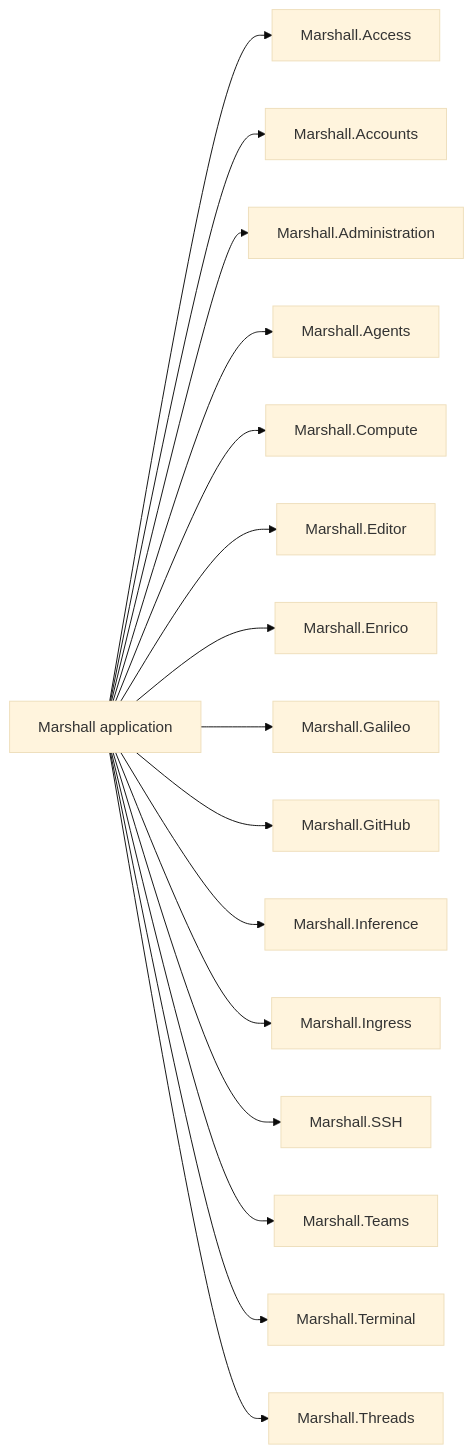
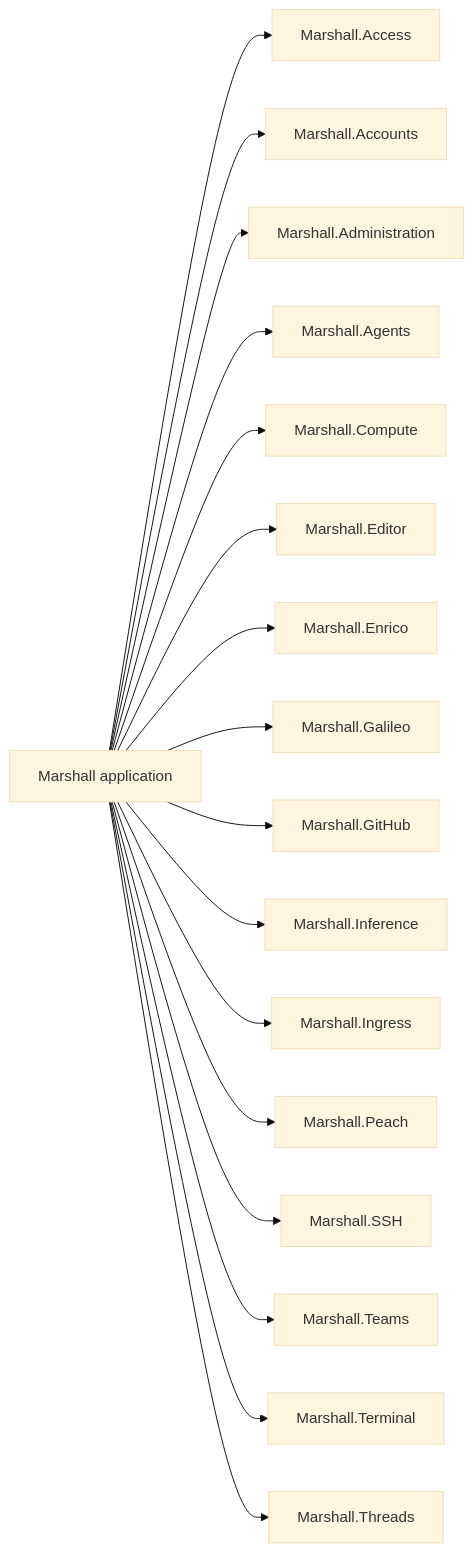
Before and after one commit to dlkeith-p-forks/overalls: the fourth of 6 diagrams in marshall/priv/hldd/21-domains.md, drawn with Mermaid (base theme). The commit also changed other lines of this file and 43 other files, not shown here.

````diff
--- a/marshall/priv/hldd/21-domains.md
+++ b/marshall/priv/hldd/21-domains.md
@@ -134,19 +135,20 @@
 ```mermaid
 flowchart LR
   app["Marshall application"]
   app --> d0["Marshall.Access"]
   app --> d1["Marshall.Accounts"]
   app --> d2["Marshall.Administration"]
   app --> d3["Marshall.Agents"]
   app --> d4["Marshall.Compute"]
   app --> d5["Marshall.Editor"]
   app --> d6["Marshall.Enrico"]
   app --> d7["Marshall.Galileo"]
   app --> d8["Marshall.GitHub"]
   app --> d9["Marshall.Inference"]
   app --> d10["Marshall.Ingress"]
-  app --> d11["Marshall.SSH"]
-  app --> d12["Marshall.Teams"]
-  app --> d13["Marshall.Terminal"]
-  app --> d14["Marshall.Threads"]
+  app --> d11["Marshall.Peach"]
+  app --> d12["Marshall.SSH"]
+  app --> d13["Marshall.Teams"]
+  app --> d14["Marshall.Terminal"]
+  app --> d15["Marshall.Threads"]
 ```
````
